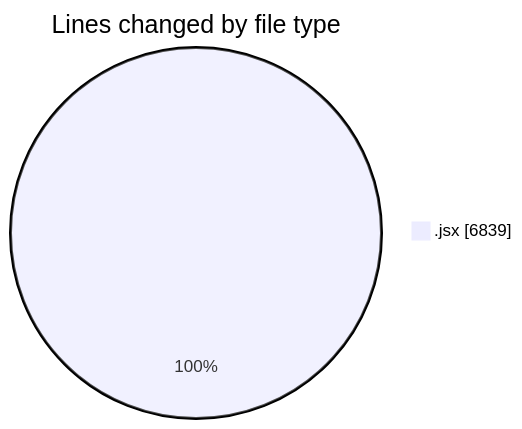
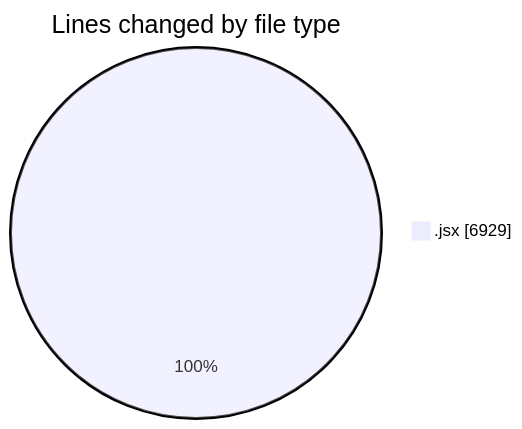
Before and after one commit to nxtqubesakshisongat/code-tracking: the first of 2 diagrams in 2025-05-14/argos-dev/README.md, drawn with Mermaid. The commit also changed other lines of this file and 1 other file, not shown here.

````diff
--- a/2025-05-14/argos-dev/README.md
+++ b/2025-05-14/argos-dev/README.md
@@ -28,5 +28,5 @@
 ```mermaid
 pie showData
 title Lines changed by file type
-".jsx" : 6839
+".jsx" : 6929
 ```
````
